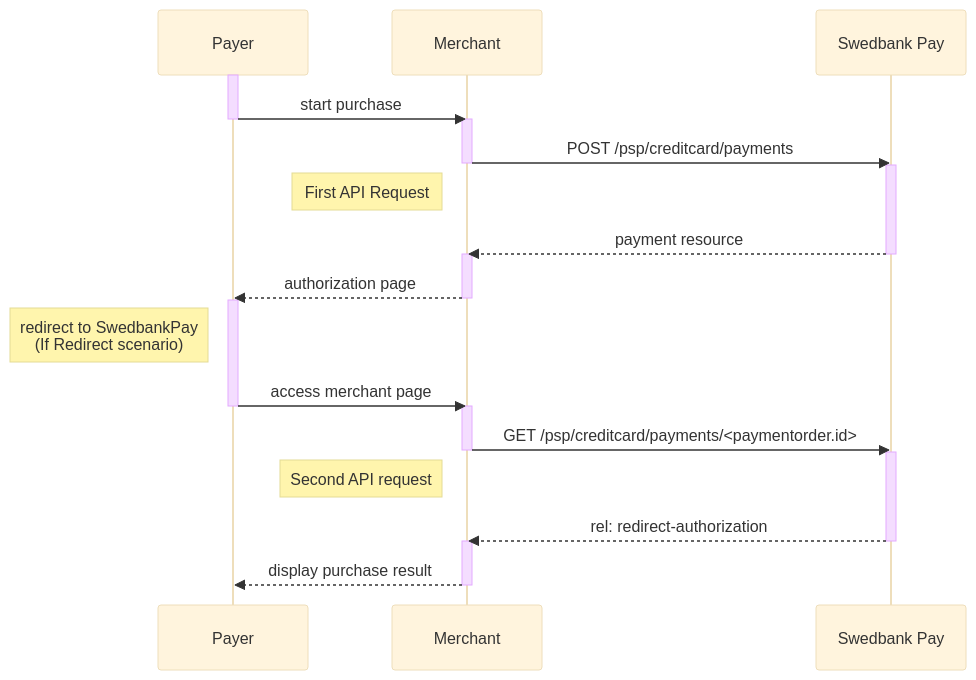
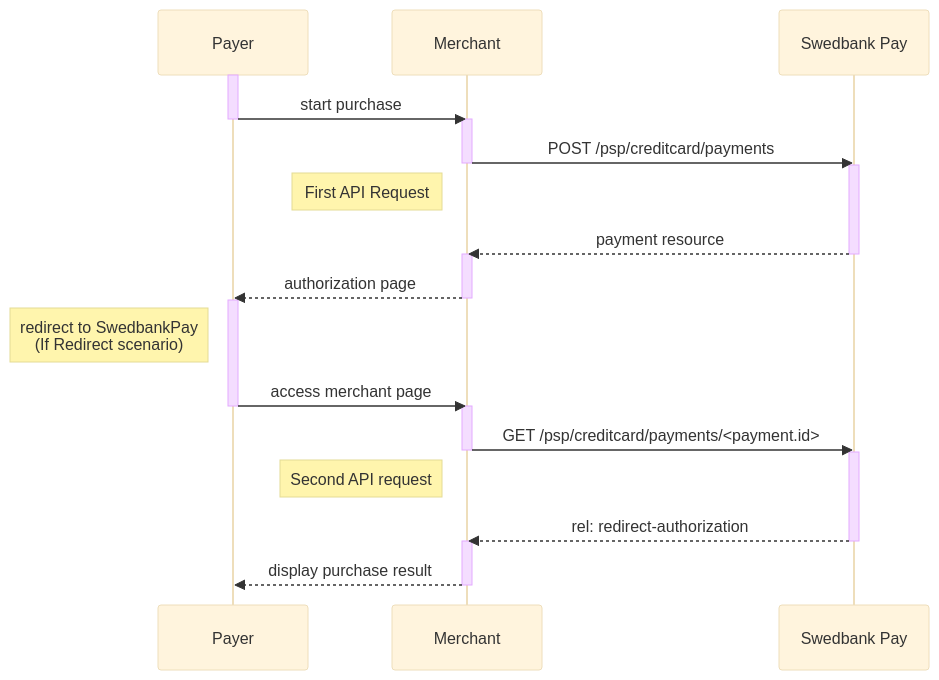
Before and after one commit to SwedbankPay/developer.swedbankpay.com: the first of 2 diagrams in payments/card/index.md, drawn with Mermaid (base theme). The commit also changed other lines of this file and 3 other files, not shown here.

````diff
--- a/payments/card/index.md
+++ b/payments/card/index.md
@@ -109,27 +109,27 @@
 ```mermaid
 sequenceDiagram
     participant Payer
     participant Merchant
     participant SwedbankPay as Swedbank Pay
 
     activate Payer
     Payer->>-Merchant: start purchase
     activate Merchant
     Merchant->>-SwedbankPay: POST /psp/creditcard/payments
     activate SwedbankPay
     note left of Merchant: First API Request
     SwedbankPay-->>-Merchant: payment resource
     activate Merchant
     Merchant-->>-Payer: authorization page
     activate Payer
     note left of Payer: redirect to SwedbankPay<br>(If Redirect scenario)
     Payer->>-Merchant: access merchant page
     activate Merchant
-    Merchant->>-SwedbankPay: GET /psp/creditcard/payments/<paymentorder.id>
+    Merchant->>-SwedbankPay: GET /psp/creditcard/payments/<payment.id>
     activate SwedbankPay
     note left of Merchant: Second API request
     SwedbankPay-->>-Merchant: rel: redirect-authorization
     activate Merchant
     Merchant-->>-Payer: display purchase result
     activate Payer
 ```
````
